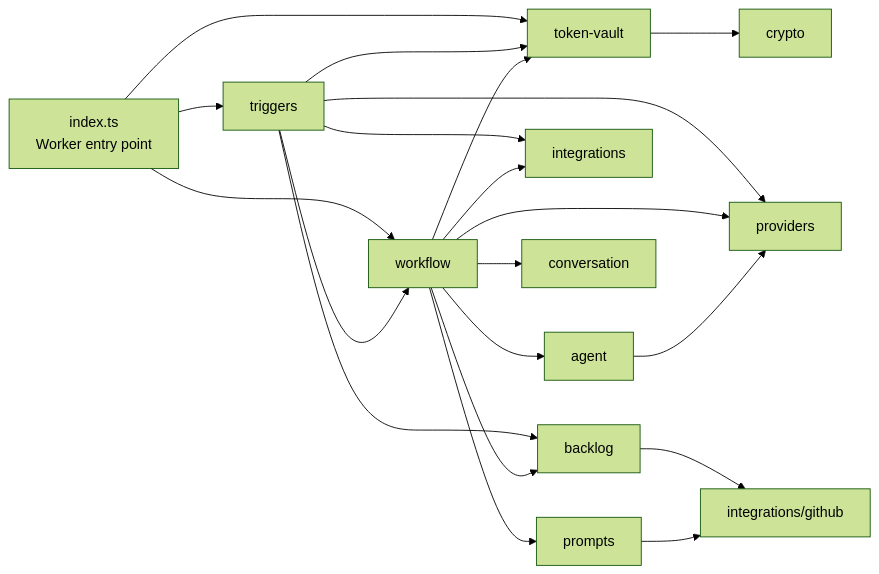
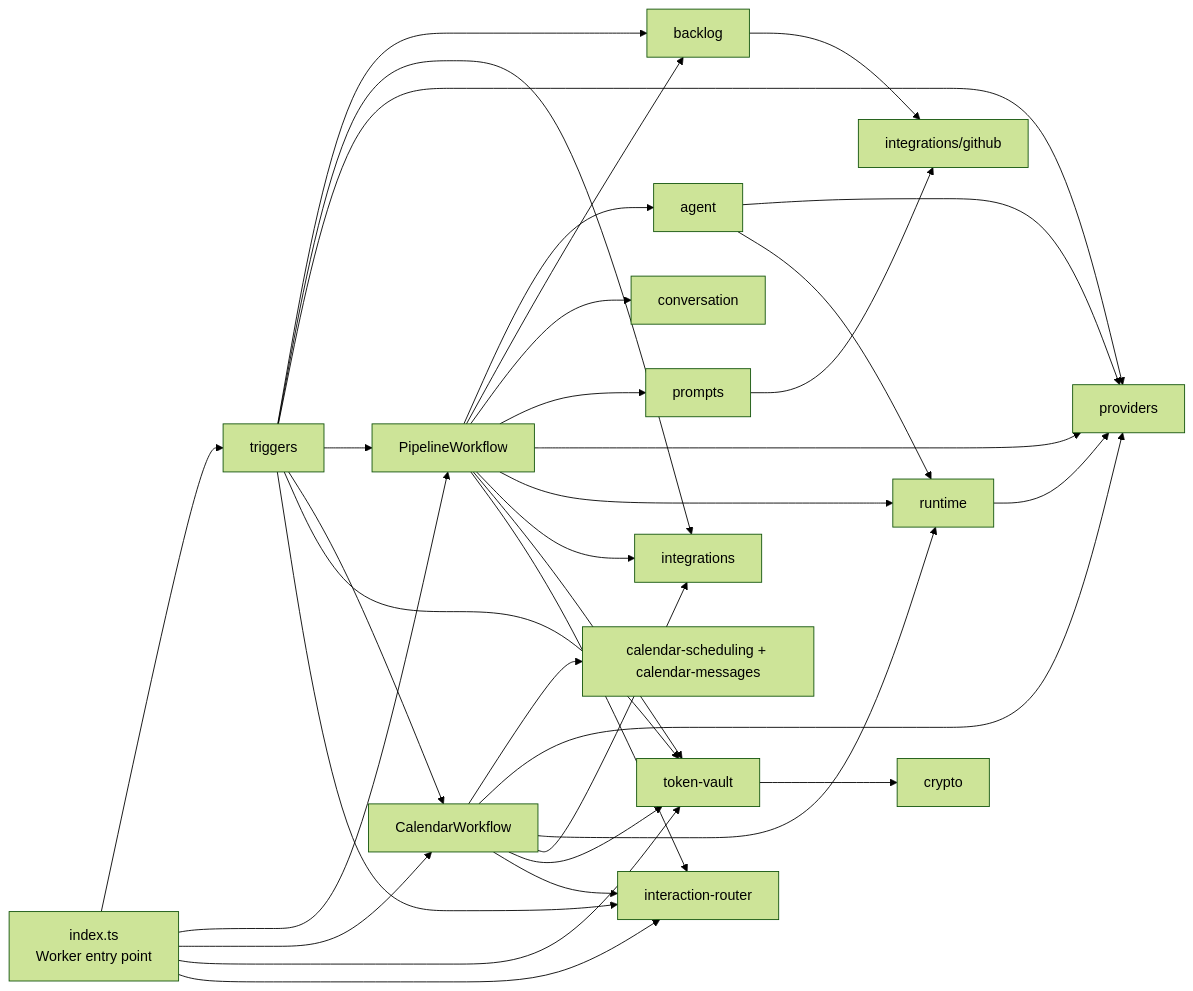
The diagram in docs/architecture/modules.md (satwikhebbar/kipp), drawn with Mermaid (forest theme) before and after one commit. The commit also changed other lines of this file and 11 other files, not shown here.

````diff
--- a/docs/architecture/modules.md
+++ b/docs/architecture/modules.md
@@ -7,25 +8,40 @@
 ```mermaid
 flowchart LR
   entry["index.ts\nWorker entry point"] --> triggers["triggers"]
-  entry --> workflow["workflow"]
+  entry --> linkedin_workflow["PipelineWorkflow"]
+  entry --> calendar_workflow["CalendarWorkflow"]
   entry --> vault["token-vault"]
+  entry --> router["interaction-router"]
 
   triggers --> backlog["backlog"]
   triggers --> integrations["integrations"]
   triggers --> providers["providers"]
-  triggers --> workflow
+  triggers --> linkedin_workflow
+  triggers --> calendar_workflow
   triggers --> vault
+  triggers --> router
 
-  workflow --> agents["agent"]
-  workflow --> backlog
-  workflow --> conversation["conversation"]
-  workflow --> prompts["prompts"]
-  workflow --> providers
-  workflow --> integrations
-  workflow --> vault
+  linkedin_workflow --> agents["agent"]
+  linkedin_workflow --> backlog
+  linkedin_workflow --> conversation["conversation"]
+  linkedin_workflow --> prompts["prompts"]
+  linkedin_workflow --> providers
+  linkedin_workflow --> runtime["runtime"]
+  linkedin_workflow --> integrations
+  linkedin_workflow --> vault
+  linkedin_workflow --> router
+
+  calendar_workflow --> calendar_domain["calendar-scheduling + calendar-messages"]
+  calendar_workflow --> providers
+  calendar_workflow --> runtime
+  calendar_workflow --> integrations
+  calendar_workflow --> vault
+  calendar_workflow --> router
 
   backlog --> github["integrations/github"]
   prompts --> github
   agents --> providers
+  agents --> runtime
+  runtime --> providers
   vault --> crypto["crypto"]
 ```
````
